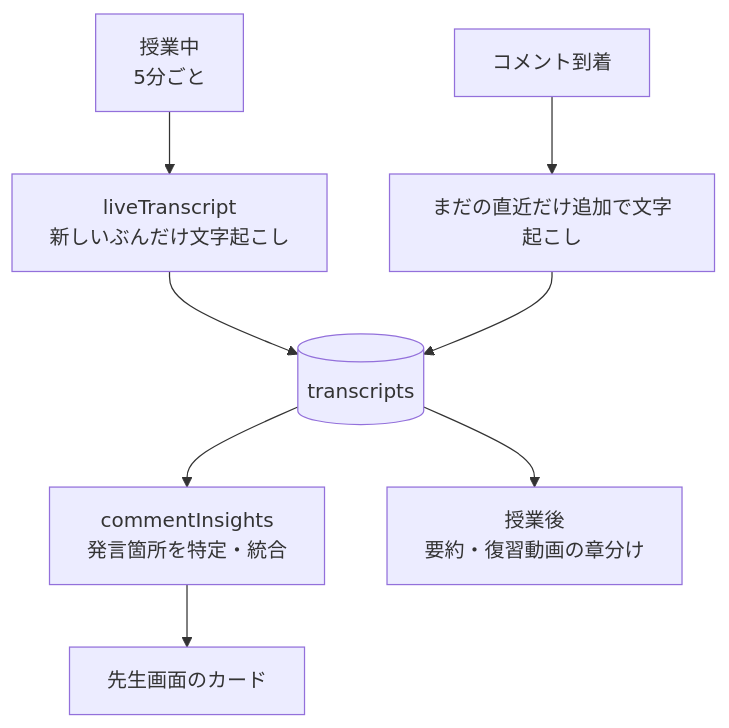
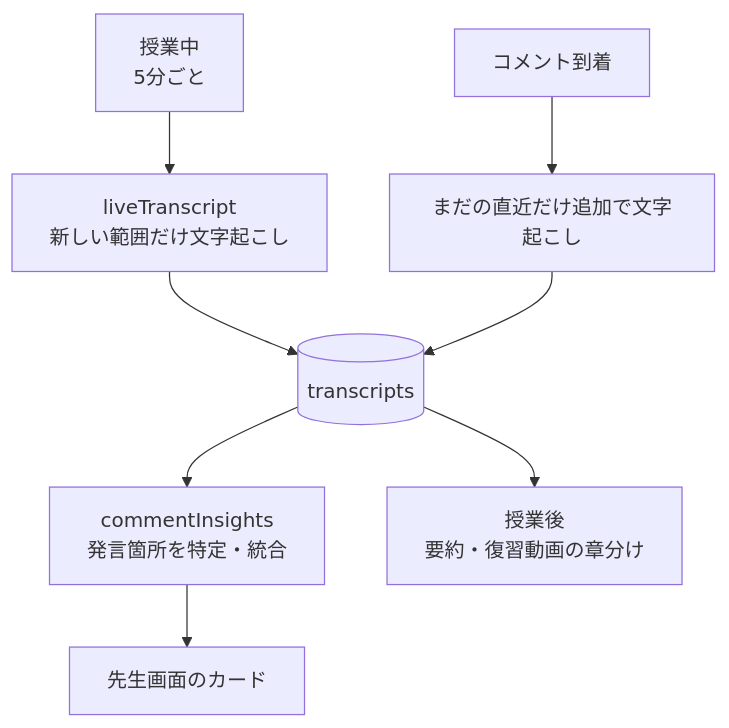
The third of 3 diagrams in docs/ARCHITECTURE.md (424m-lang/enkaku-jugyou), drawn with Mermaid before and after one commit. The commit also changed 2 other files, not shown here.

Commit message:
説明書の「ぶん」を言い換え、実運用の質問をアップデートの質問にする
**平仮名の「ぶん」をやめた**（説明書の8か所）
「〜ぶん」は口語寄りで、金額や通信量の話の中では意味も取りにくい。
それぞれ文脈に合う語に置き換えた。
- 「4秒ぶん増えて」→「約4秒増えて」
- 「授業中に貯めたぶんを」→「授業中に貯めた文字起こしを」
- 「1割強多く送るぶん」→「1割強多く送る量」
- 「人数ぶんサーバから送り出します」→「人数と同じ数だけ、サーバから送り出します」
- 「モニターの台数ぶんだけ」→「モニターの台数だけ」
- ARCHITECTURE の図「新しいぶんだけ文字起こし」→「新しい範囲だけ文字起こし」

コード中のコメントの「ぶん」はそのままにしてある。読み手が違ううえ、
10ファイル以上を言い換えのためだけに触ることになるため。

**「どのくらい実運用されていますか。」→「アップデートは行われますか。」**
導入を判断する方が知りたいのは実績の量より「この先も直るのか」なので、
質問をそちらに寄せた。答えも「改良を重ねています」→「改良を重ねていきます」に。

````diff
--- a/docs/ARCHITECTURE.md
+++ b/docs/ARCHITECTURE.md
@@ -194,10 +194,10 @@
 ```mermaid
 flowchart TD
-  A["授業中<br/>5分ごと"] --> B["liveTranscript<br/>新しいぶんだけ文字起こし"]
+  A["授業中<br/>5分ごと"] --> B["liveTranscript<br/>新しい範囲だけ文字起こし"]
   B --> C[("transcripts")]
   D["コメント到着"] --> E["まだの直近だけ追加で文字起こし"]
   E --> C
   C --> F["commentInsights<br/>発言箇所を特定・統合"]
   F --> G["先生画面のカード"]
   C --> H["授業後<br/>要約・復習動画の章分け"]
 ```
````
